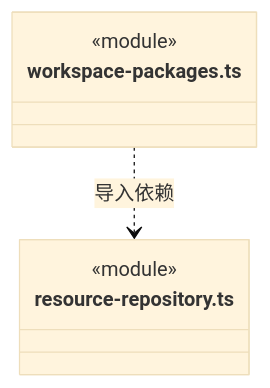
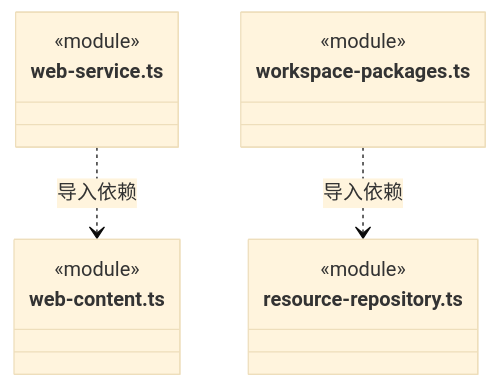
Diagram 22 of 22 in src/backend/main/resources/ARCHITECTURE.md (nan023062/cbim), drawn with Mermaid (base theme) before and after one commit. The commit also changed other lines of this file and 41 other files, not shown here.

````diff
--- a/src/backend/main/resources/ARCHITECTURE.md
+++ b/src/backend/main/resources/ARCHITECTURE.md
@@ -534,10 +589,17 @@
 ```mermaid
 classDiagram
+class N_src_backend_main_resources_web_service_ts["web-service.ts"] {
+  <<module>>
+}
+class N_src_backend_main_resources_web_content_ts["web-content.ts"] {
+  <<module>>
+}
 class N_src_backend_main_resources_workspace_packages_ts["workspace-packages.ts"] {
   <<module>>
 }
 class N_src_backend_main_resources_resource_repository_ts["resource-repository.ts"] {
   <<module>>
 }
+N_src_backend_main_resources_web_service_ts ..> N_src_backend_main_resources_web_content_ts : 导入依赖
 N_src_backend_main_resources_workspace_packages_ts ..> N_src_backend_main_resources_resource_repository_ts : 导入依赖
 ```
````
